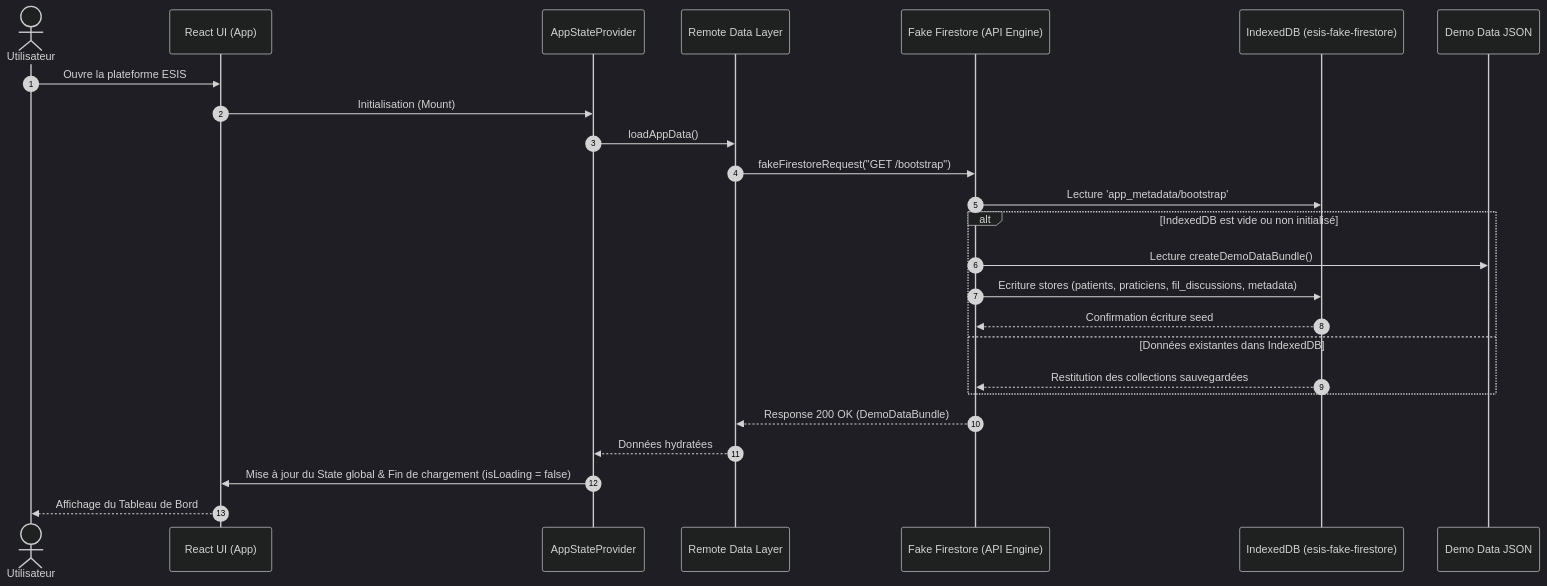
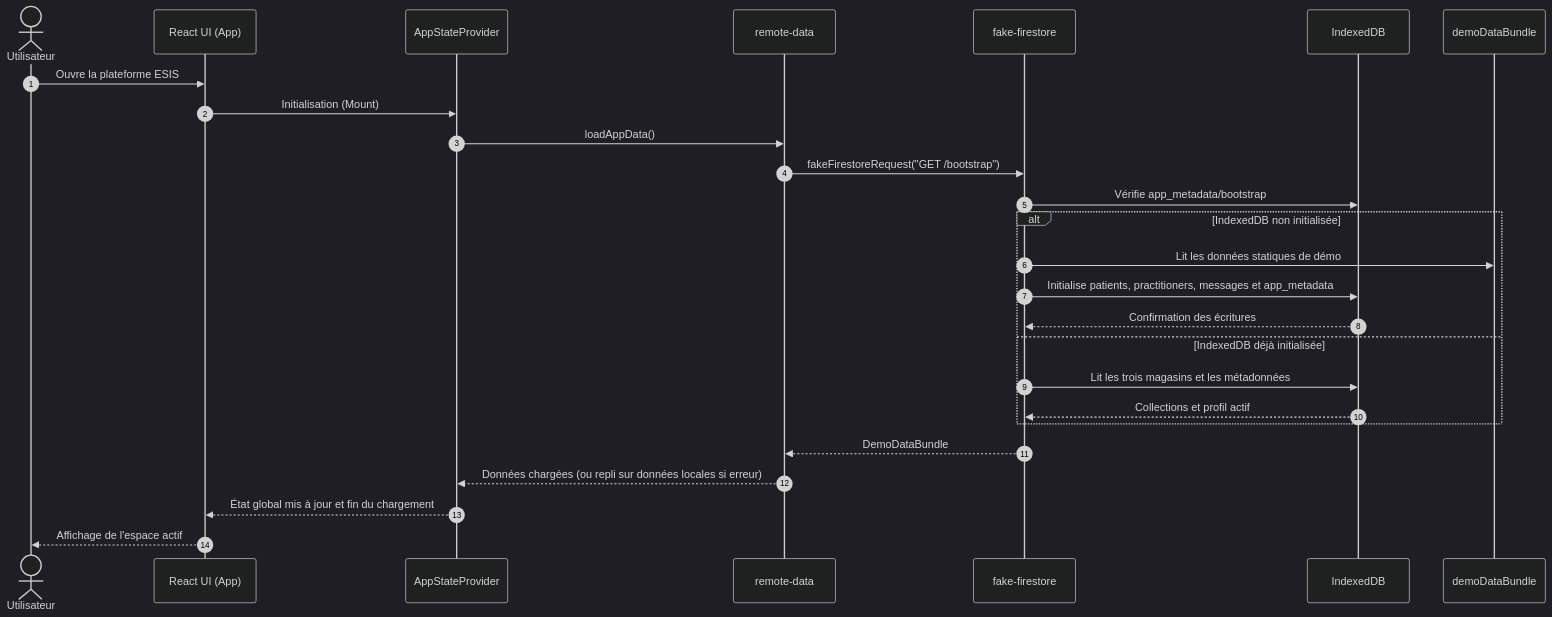
Before and after one commit to quangfr/esis: the second of 5 diagrams in docs/ARCHITECTURE.md, drawn with Mermaid (dark theme). The commit also changed other lines of this file and 2 other files, not shown here.

Commit message:
docs: align ESIS flows with implemented workflows

````diff
--- a/docs/ARCHITECTURE.md
+++ b/docs/ARCHITECTURE.md
@@ -443,28 +445,29 @@
 ```mermaid
 sequenceDiagram
     autonumber
     actor User as Utilisateur
     participant UI as React UI (App)
     participant Provider as AppStateProvider
-    participant Remote as Remote Data Layer
-    participant FakeFS as Fake Firestore (API Engine)
-    participant IDB as IndexedDB (esis-fake-firestore)
-    participant Seed as Demo Data JSON
+    participant Remote as remote-data
+    participant FakeFS as fake-firestore
+    participant IDB as IndexedDB
+    participant Seed as demoDataBundle
 
     User->>UI: Ouvre la plateforme ESIS
     UI->>Provider: Initialisation (Mount)
     Provider->>Remote: loadAppData()
     Remote->>FakeFS: fakeFirestoreRequest("GET /bootstrap")
-    FakeFS->>IDB: Lecture 'app_metadata/bootstrap'
-    alt IndexedDB est vide ou non initialisé
-        FakeFS->>Seed: Lecture createDemoDataBundle()
-        FakeFS->>IDB: Ecriture stores (patients, praticiens, fil_discussions, metadata)
-        IDB-->>FakeFS: Confirmation écriture seed
-    else Données existantes dans IndexedDB
-        IDB-->>FakeFS: Restitution des collections sauvegardées
+    FakeFS->>IDB: Vérifie app_metadata/bootstrap
+    alt IndexedDB non initialisée
+        FakeFS->>Seed: Lit les données statiques de démo
+        FakeFS->>IDB: Initialise patients, practitioners, messages et app_metadata
+        IDB-->>FakeFS: Confirmation des écritures
+    else IndexedDB déjà initialisée
+        FakeFS->>IDB: Lit les trois magasins et les métadonnées
+        IDB-->>FakeFS: Collections et profil actif
     end
-    FakeFS-->>Remote: Response 200 OK (DemoDataBundle)
-    Remote-->>Provider: Données hydratées
-    Provider->>UI: Mise à jour du State global & Fin de chargement (isLoading = false)
-    UI-->>User: Affichage du Tableau de Bord
+    FakeFS-->>Remote: DemoDataBundle
+    Remote-->>Provider: Données chargées (ou repli sur données locales si erreur)
+    Provider-->>UI: État global mis à jour et fin du chargement
+    UI-->>User: Affichage de l'espace actif
 ```
````
